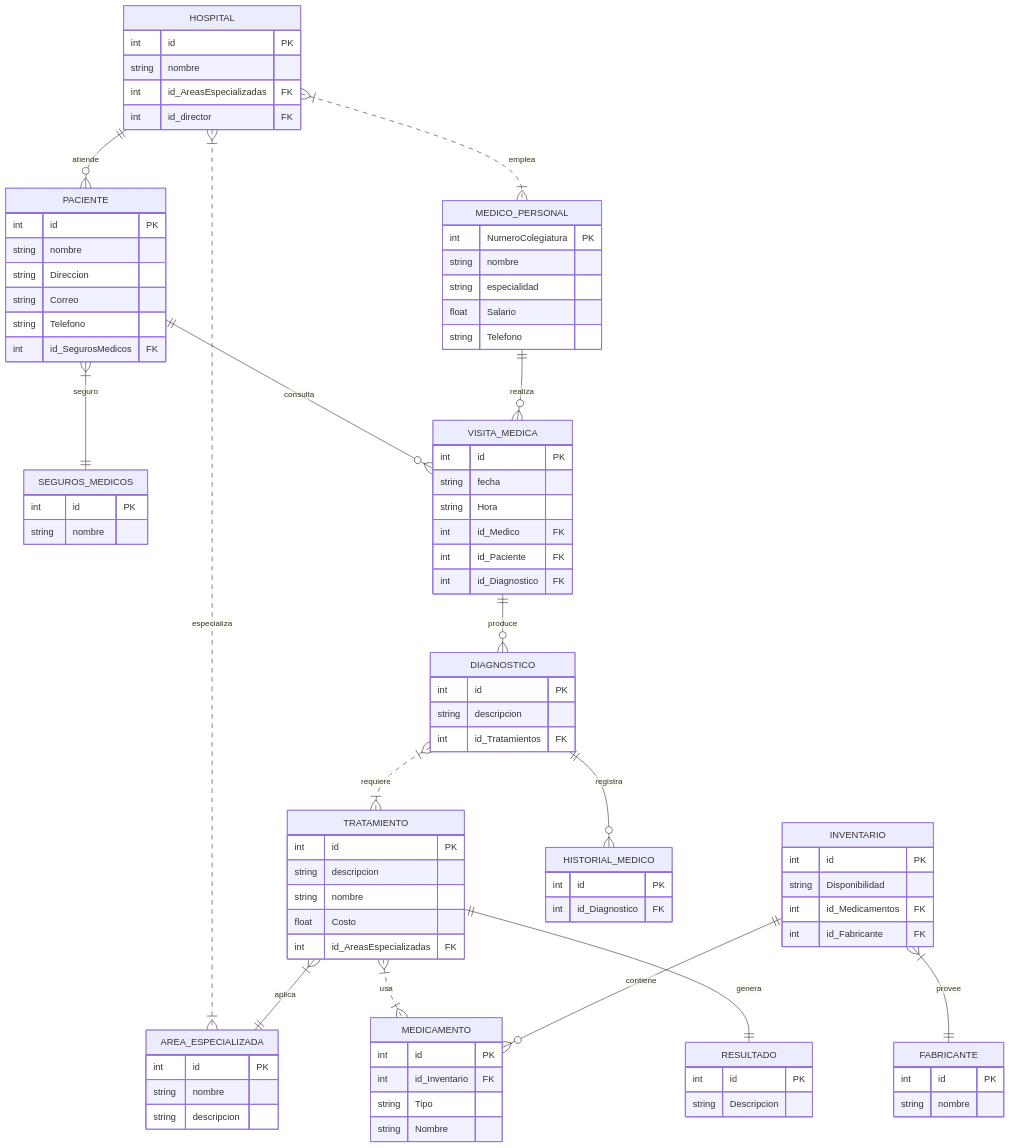
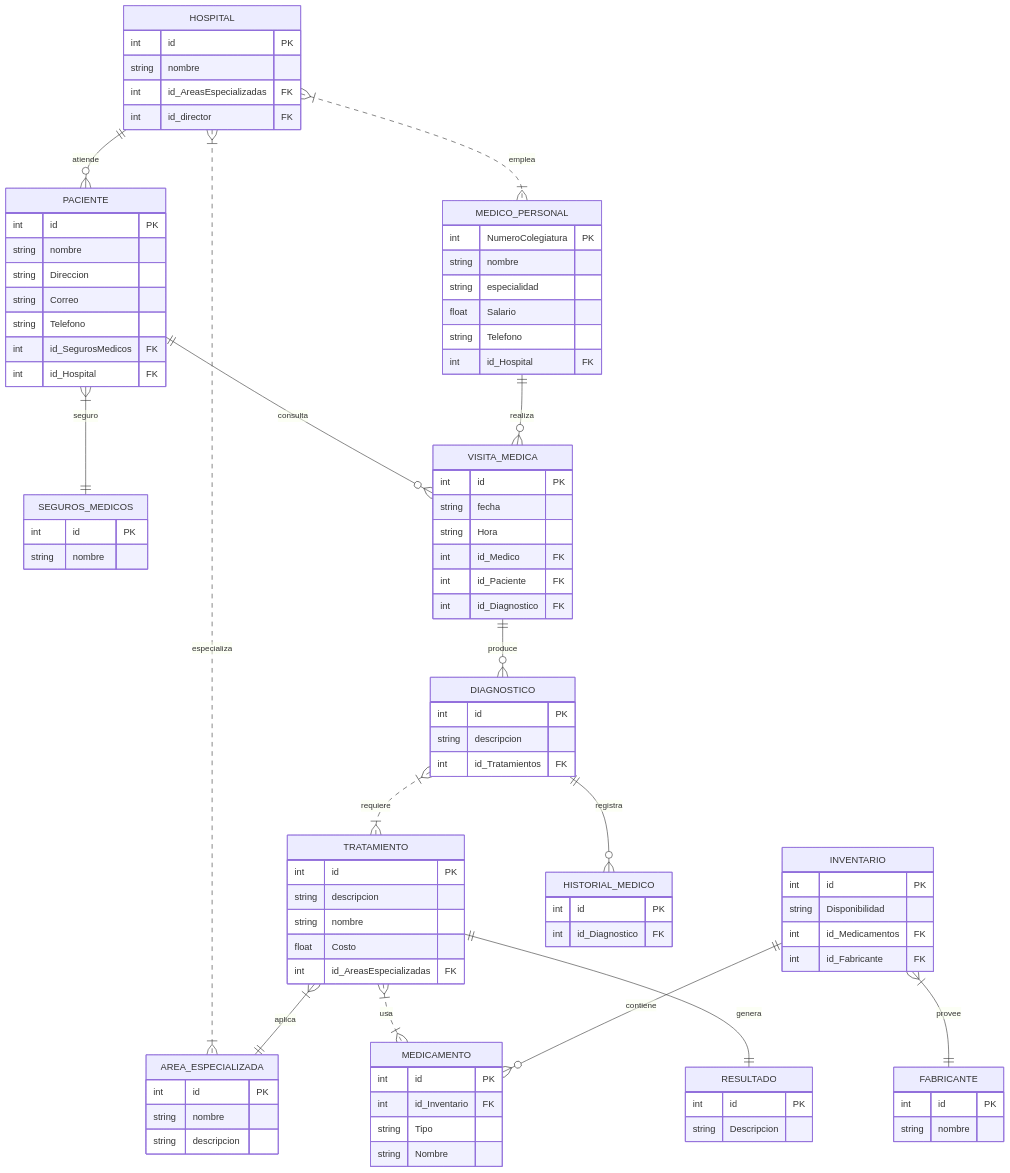
The second of 5 diagrams in README.md (Maria-Juliana-Saavedra-Mejia/Proyecto_MongoDB_S1_SaavedraMaria_SantoyoJuan), drawn with Mermaid before and after one commit. The commit also changed other lines of this file, not shown here.

```diff
--- a/README.md
+++ b/README.md
@@ -796,6 +798,7 @@
         string especialidad
         float Salario
         string Telefono
+        int id_Hospital FK
     }
     PACIENTE {
         int id PK
@@ -804,6 +807,7 @@
         string Correo
         string Telefono
         int id_SegurosMedicos FK
+        int id_Hospital FK
     }
     SEGUROS_MEDICOS {
         int id PK
```
